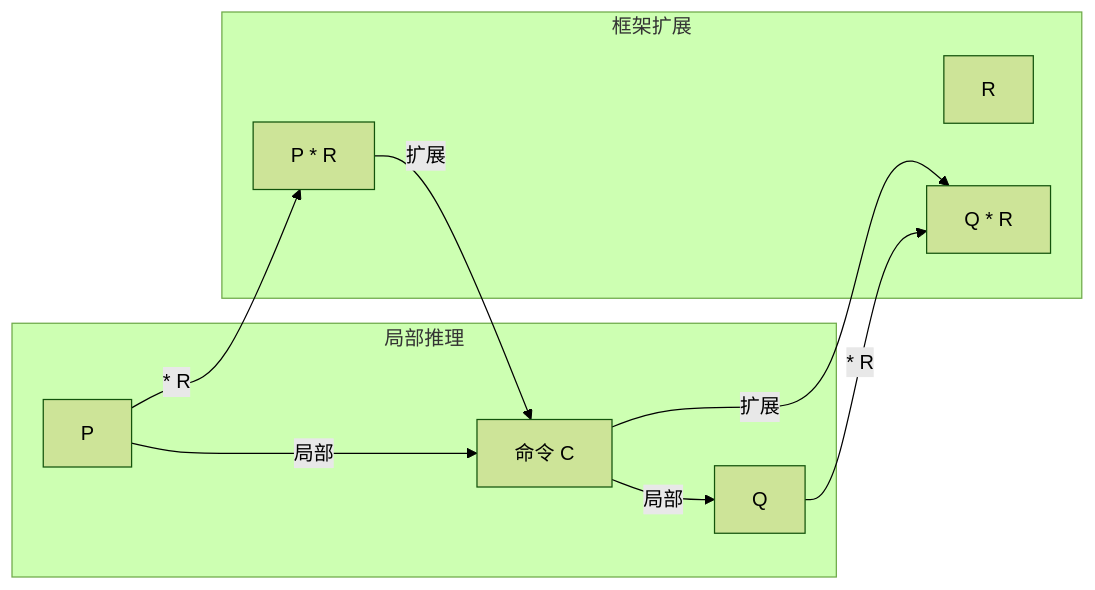
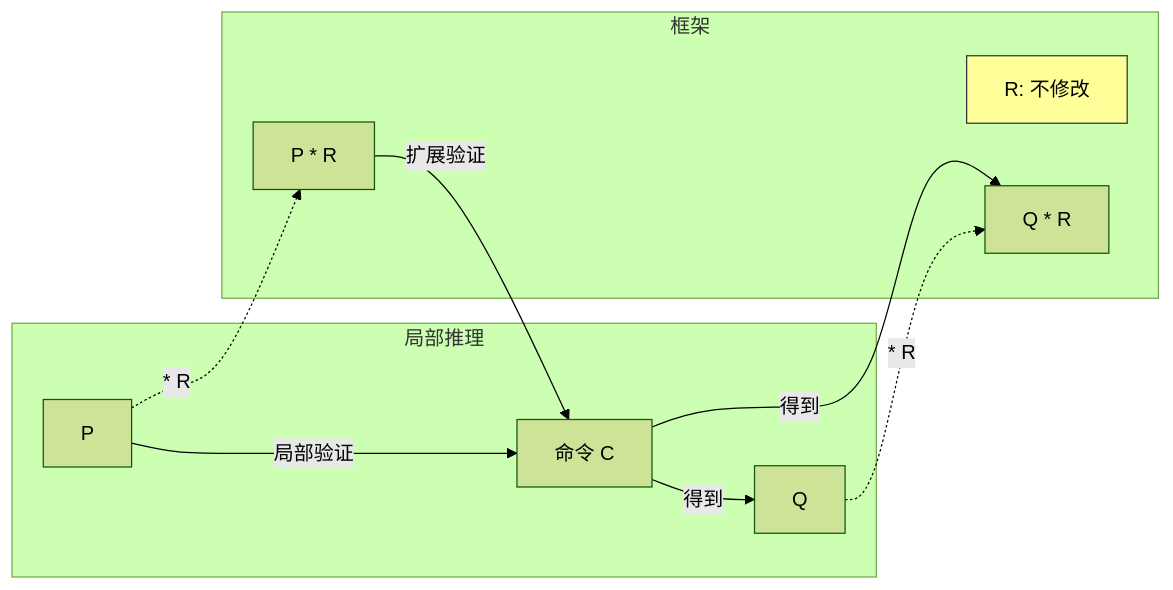
One commit to AdaMartin18010/AnalysisDataFlow changed the fourth of 6 diagrams in formal-methods/05-verification/01-logic/03-separation-logic.md. Above: the diagram before and after it, drawn with Mermaid (forest theme). The commit also changed other lines of this file and 46 other files, not shown here.

````diff
--- a/formal-methods/05-verification/01-logic/03-separation-logic.md
+++ b/formal-methods/05-verification/01-logic/03-separation-logic.md
@@ -233,21 +437,25 @@
 ```mermaid
 graph LR
     subgraph 局部推理
         Local[命令 C]
         Pre[P]
         Post[Q]
     end
 
-    subgraph 框架扩展
-        Frame[R]
+    subgraph 框架
+        Frame[R: 不修改]
         PreF[P * R]
         PostF[Q * R]
     end
 
-    Pre -->|局部| Local
-    Local -->|局部| Post
-    PreF -->|扩展| Local
-    Local -->|扩展| PostF
-    Pre -->|* R| PreF
-    Post -->|* R| PostF
+    Pre -->|局部验证| Local
+    Local -->|得到| Post
+
+    PreF -->|扩展验证| Local
+    Local -->|得到| PostF
+
+    Pre -.->|* R| PreF
+    Post -.->|* R| PostF
+
+    style Frame fill:#ff9,stroke:#333
 ```
````
